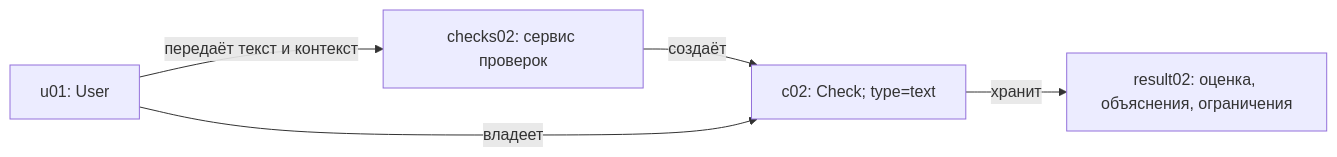
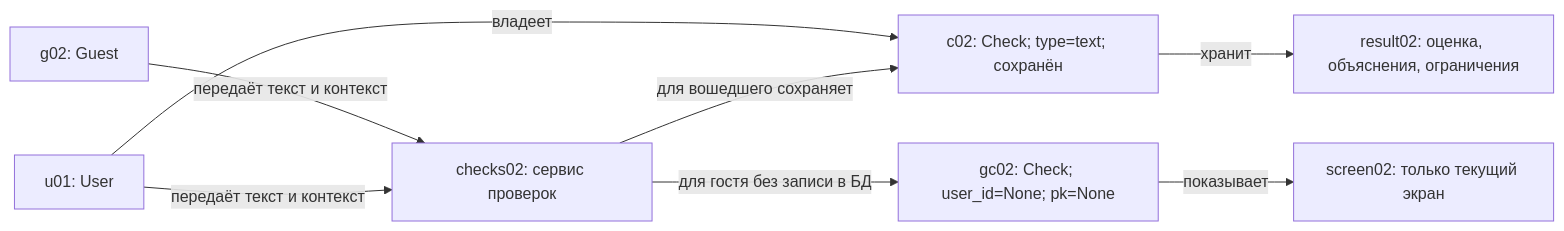
One commit to dzprht/alphago1v changed the third of 14 diagrams in kharchenko_diagrams.md. Above: the diagram before and after it, drawn with Mermaid. The commit also changed other lines of this file and 9 other files, not shown here.

````diff
--- a/kharchenko_diagrams.md
+++ b/kharchenko_diagrams.md
@@ -58,7 +62,10 @@
 ```mermaid
 flowchart LR
     user["u01: User"] -->|передаёт текст и контекст| service["checks02: сервис проверок"]
-    service -->|создаёт| check["c02: Check; type=text"]
+    guest["g02: Guest"] -->|передаёт текст и контекст| service
+    service -->|для вошедшего сохраняет| check["c02: Check; type=text; сохранён"]
+    service -->|для гостя без записи в БД| guestcheck["gc02: Check; user_id=None; pk=None"]
+    guestcheck -->|показывает| screen["screen02: только текущий экран"]
     user -->|владеет| check
     check -->|хранит| result["result02: оценка, объяснения, ограничения"]
 ```
````
